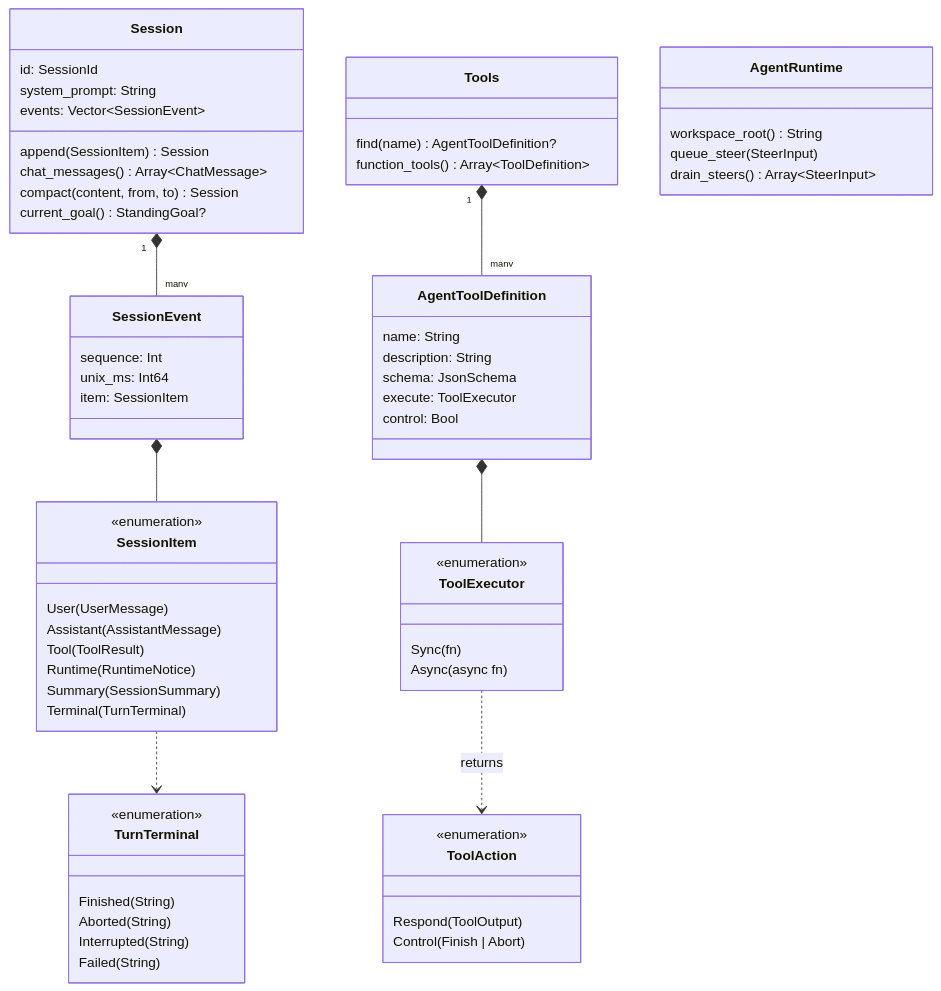
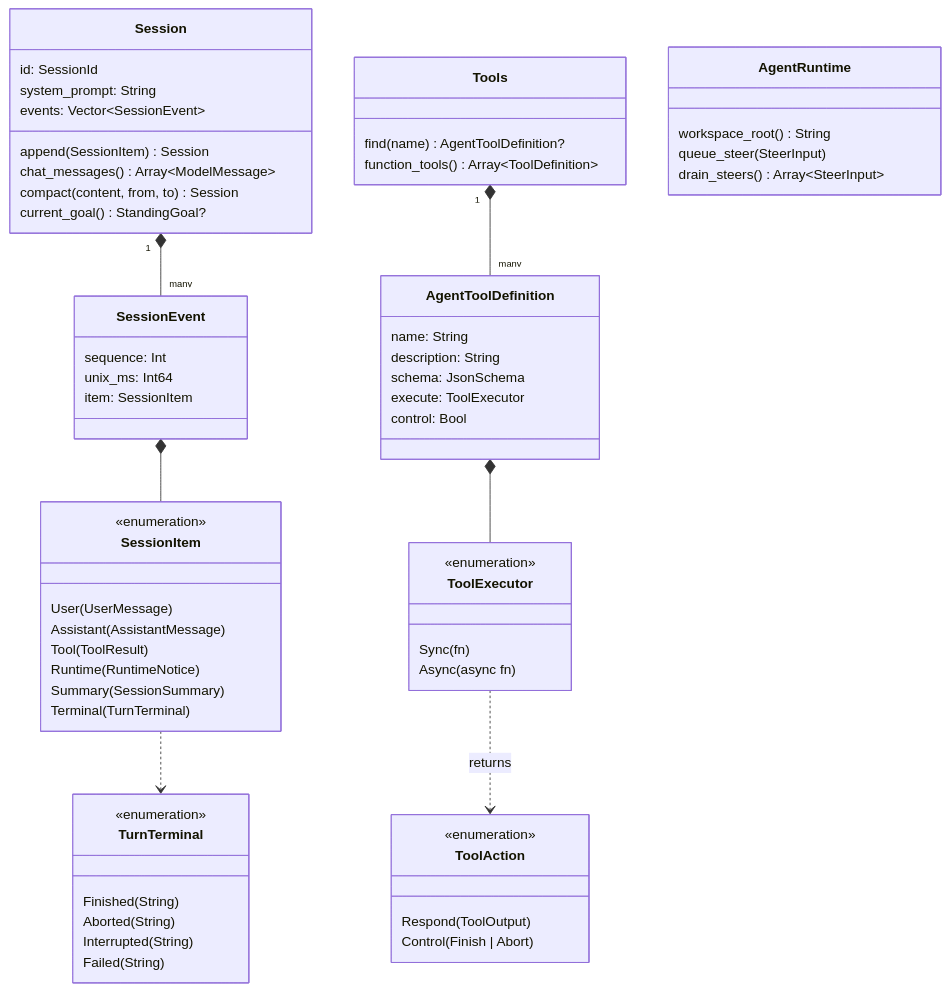
Before and after one commit to moonbitlang/openseek: the second of 3 diagrams in docs/architecture.md, drawn with Mermaid. The commit also changed 14 other files, not shown here.

First line of the commit message:
refactor(agent_session): project sessions to ModelMessage

````diff
--- a/docs/architecture.md
+++ b/docs/architecture.md
@@ -69,66 +69,66 @@
 ```mermaid
 classDiagram
   class Session {
     id: SessionId
     system_prompt: String
     events: Vector~SessionEvent~
     append(SessionItem) Session
-    chat_messages() Array~ChatMessage~
+    chat_messages() Array~ModelMessage~
     compact(content, from, to) Session
     current_goal() StandingGoal?
   }
   class SessionEvent {
     sequence: Int
     unix_ms: Int64
     item: SessionItem
   }
   class SessionItem {
     <<enumeration>>
     User(UserMessage)
     Assistant(AssistantMessage)
     Tool(ToolResult)
     Runtime(RuntimeNotice)
     Summary(SessionSummary)
     Terminal(TurnTerminal)
   }
   class TurnTerminal {
     <<enumeration>>
     Finished(String)
     Aborted(String)
     Interrupted(String)
     Failed(String)
   }
   Session "1" *-- "many" SessionEvent
   SessionEvent *-- SessionItem
   SessionItem ..> TurnTerminal
 
   class Tools {
     find(name) AgentToolDefinition?
     function_tools() Array~ToolDefinition~
   }
   class AgentToolDefinition {
     name: String
     description: String
     schema: JsonSchema
     execute: ToolExecutor
     control: Bool
   }
   class ToolExecutor {
     <<enumeration>>
     Sync(fn)
     Async(async fn)
   }
   class ToolAction {
     <<enumeration>>
     Respond(ToolOutput)
     Control(Finish | Abort)
   }
   class AgentRuntime {
     workspace_root() String
     queue_steer(SteerInput)
     drain_steers() Array~SteerInput~
   }
   Tools "1" *-- "many" AgentToolDefinition
   AgentToolDefinition *-- ToolExecutor
   ToolExecutor ..> ToolAction : returns
 ```
````
